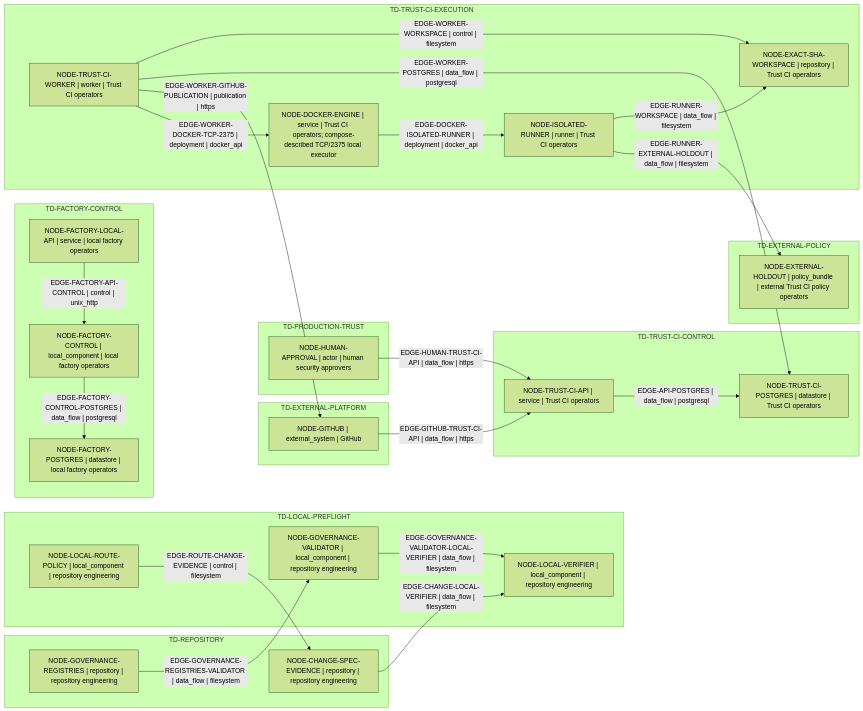
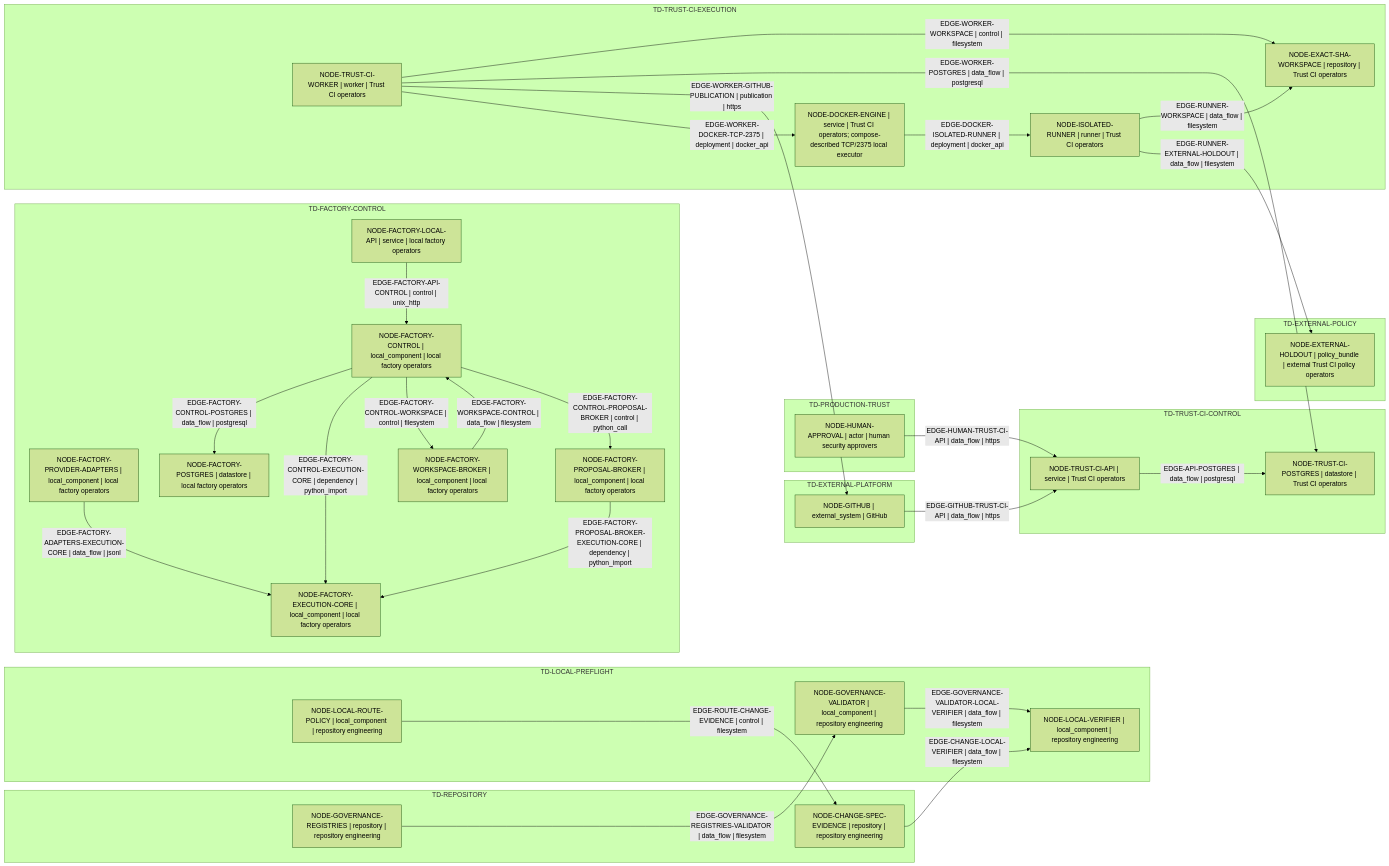
Before and after one commit to Dimkox/adaptive-grok-build-pro: the diagram in architecture/generated/trust-boundary.mmd, drawn with Mermaid (forest theme). The commit also changed 7 other files, not shown here.

Commit message:
fix(architecture): own M5 execution boundaries

```diff
--- a/architecture/generated/trust-boundary.mmd
+++ b/architecture/generated/trust-boundary.mmd
@@ -1,50 +1,60 @@
 flowchart LR
   subgraph domain_96fb748595c57dce["TD-EXTERNAL-PLATFORM"]
     node_8b8a8cd21b180532["NODE-GITHUB | external_system | GitHub"]
   end
   subgraph domain_ece8d94ff661d9fb["TD-EXTERNAL-POLICY"]
     node_0a0fe2f046a648e9["NODE-EXTERNAL-HOLDOUT | policy_bundle | external Trust CI policy operators"]
   end
   subgraph domain_c4152908c77524f2["TD-FACTORY-CONTROL"]
     node_a6c166e55f8e1784["NODE-FACTORY-CONTROL | local_component | local factory operators"]
+    node_0a087cfaed95a8ad["NODE-FACTORY-EXECUTION-CORE | local_component | local factory operators"]
     node_93915052ae8a2e67["NODE-FACTORY-LOCAL-API | service | local factory operators"]
     node_a77de286f8308fd4["NODE-FACTORY-POSTGRES | datastore | local factory operators"]
+    node_21b552fdfa11f1c2["NODE-FACTORY-PROPOSAL-BROKER | local_component | local factory operators"]
+    node_fae11f6a95d982dc["NODE-FACTORY-PROVIDER-ADAPTERS | local_component | local factory operators"]
+    node_23f89cd7152cc030["NODE-FACTORY-WORKSPACE-BROKER | local_component | local factory operators"]
   end
   subgraph domain_fa5ae843eb45e375["TD-LOCAL-PREFLIGHT"]
     node_23677f8757246623["NODE-GOVERNANCE-VALIDATOR | local_component | repository engineering"]
     node_770cf3a1783e8525["NODE-LOCAL-ROUTE-POLICY | local_component | repository engineering"]
     node_23bed8fcbfc79861["NODE-LOCAL-VERIFIER | local_component | repository engineering"]
   end
   subgraph domain_93c532f149d3e2d5["TD-PRODUCTION-TRUST"]
     node_e4e37173e410ad23["NODE-HUMAN-APPROVAL | actor | human security approvers"]
   end
   subgraph domain_734c10023f9857a2["TD-REPOSITORY"]
     node_8938bd3db1932751["NODE-CHANGE-SPEC-EVIDENCE | repository | repository engineering"]
     node_dfd1104494c6ab8f["NODE-GOVERNANCE-REGISTRIES | repository | repository engineering"]
   end
   subgraph domain_7f80d82d053144ab["TD-TRUST-CI-CONTROL"]
     node_d0e570b2fbe52f98["NODE-TRUST-CI-API | service | Trust CI operators"]
     node_1a6c7efb2d08591b["NODE-TRUST-CI-POSTGRES | datastore | Trust CI operators"]
   end
   subgraph domain_65e7aeb3bb37c460["TD-TRUST-CI-EXECUTION"]
     node_4e78270f61d78ed8["NODE-DOCKER-ENGINE | service | Trust CI operators; compose-described TCP/2375 local executor"]
     node_2e8a7072de3f3743["NODE-EXACT-SHA-WORKSPACE | repository | Trust CI operators"]
     node_1c3a10ba26a8e80d["NODE-ISOLATED-RUNNER | runner | Trust CI operators"]
     node_070dda93443dcc1f["NODE-TRUST-CI-WORKER | worker | Trust CI operators"]
   end
   node_d0e570b2fbe52f98 -->|"EDGE-API-POSTGRES | data_flow | postgresql"| node_1a6c7efb2d08591b
   node_8938bd3db1932751 -->|"EDGE-CHANGE-LOCAL-VERIFIER | data_flow | filesystem"| node_23bed8fcbfc79861
   node_4e78270f61d78ed8 -->|"EDGE-DOCKER-ISOLATED-RUNNER | deployment | docker_api"| node_1c3a10ba26a8e80d
+  node_fae11f6a95d982dc -->|"EDGE-FACTORY-ADAPTERS-EXECUTION-CORE | data_flow | jsonl"| node_0a087cfaed95a8ad
   node_93915052ae8a2e67 -->|"EDGE-FACTORY-API-CONTROL | control | unix_http"| node_a6c166e55f8e1784
+  node_a6c166e55f8e1784 -->|"EDGE-FACTORY-CONTROL-EXECUTION-CORE | dependency | python_import"| node_0a087cfaed95a8ad
   node_a6c166e55f8e1784 -->|"EDGE-FACTORY-CONTROL-POSTGRES | data_flow | postgresql"| node_a77de286f8308fd4
+  node_a6c166e55f8e1784 -->|"EDGE-FACTORY-CONTROL-PROPOSAL-BROKER | control | python_call"| node_21b552fdfa11f1c2
+  node_a6c166e55f8e1784 -->|"EDGE-FACTORY-CONTROL-WORKSPACE | control | filesystem"| node_23f89cd7152cc030
+  node_21b552fdfa11f1c2 -->|"EDGE-FACTORY-PROPOSAL-BROKER-EXECUTION-CORE | dependency | python_import"| node_0a087cfaed95a8ad
+  node_23f89cd7152cc030 -->|"EDGE-FACTORY-WORKSPACE-CONTROL | data_flow | filesystem"| node_a6c166e55f8e1784
   node_8b8a8cd21b180532 -->|"EDGE-GITHUB-TRUST-CI-API | data_flow | https"| node_d0e570b2fbe52f98
   node_dfd1104494c6ab8f -->|"EDGE-GOVERNANCE-REGISTRIES-VALIDATOR | data_flow | filesystem"| node_23677f8757246623
   node_23677f8757246623 -->|"EDGE-GOVERNANCE-VALIDATOR-LOCAL-VERIFIER | data_flow | filesystem"| node_23bed8fcbfc79861
   node_e4e37173e410ad23 -->|"EDGE-HUMAN-TRUST-CI-API | data_flow | https"| node_d0e570b2fbe52f98
   node_770cf3a1783e8525 -->|"EDGE-ROUTE-CHANGE-EVIDENCE | control | filesystem"| node_8938bd3db1932751
   node_1c3a10ba26a8e80d -->|"EDGE-RUNNER-EXTERNAL-HOLDOUT | data_flow | filesystem"| node_0a0fe2f046a648e9
   node_1c3a10ba26a8e80d -->|"EDGE-RUNNER-WORKSPACE | data_flow | filesystem"| node_2e8a7072de3f3743
   node_070dda93443dcc1f -->|"EDGE-WORKER-DOCKER-TCP-2375 | deployment | docker_api"| node_4e78270f61d78ed8
   node_070dda93443dcc1f -->|"EDGE-WORKER-GITHUB-PUBLICATION | publication | https"| node_8b8a8cd21b180532
   node_070dda93443dcc1f -->|"EDGE-WORKER-POSTGRES | data_flow | postgresql"| node_1a6c7efb2d08591b
   node_070dda93443dcc1f -->|"EDGE-WORKER-WORKSPACE | control | filesystem"| node_2e8a7072de3f3743
```
